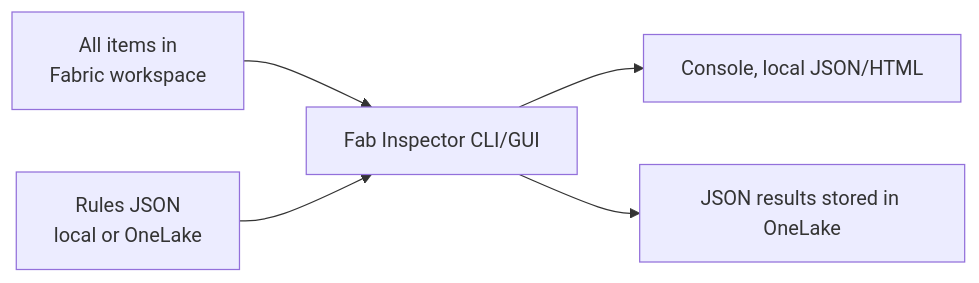
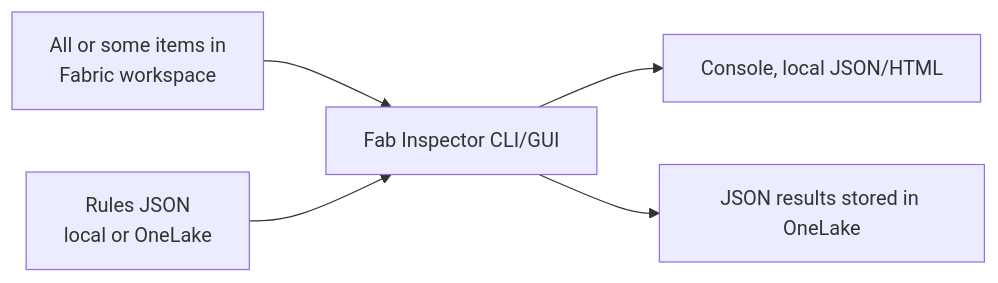
Before and after one commit to NatVanG/fab-inspector: the third of 5 diagrams in docs/usage-scenarios.md, drawn with Mermaid. The commit also changed other lines of this file, not shown here.

````diff
--- a/docs/usage-scenarios.md
+++ b/docs/usage-scenarios.md
@@ -58,7 +58,7 @@
 ```mermaid
 flowchart LR
-    A[All items in\nFabric workspace] --> C[Fab Inspector CLI/GUI]
+    A[All or some items in\nFabric workspace] --> C[Fab Inspector CLI/GUI]
     B[Rules JSON\nlocal or OneLake] --> C
     C --> D[Console, local JSON/HTML]
     C --> E[JSON results stored in OneLake]
 ```
````
